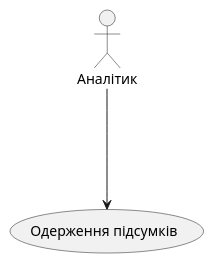
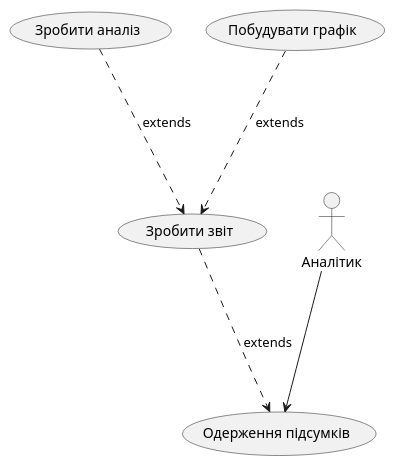
The fourth of 16 diagrams in docs/use cases/README.md (YehorSeniuk/IOO), drawn with PlantUML before and after one commit. The commit also changed other lines of this file, not shown here.

```diff
--- a/docs/use cases/README.md
+++ b/docs/use cases/README.md
@@ -45,4 +57,11 @@
 @startuml
 usecase "Одерження підсумків" as RECEIVE_SUMMARY
+usecase "Зробити аналіз" as analyz
+usecase "Побудувати графік" as chart
+usecase "Зробити звіт" as total
+
 Аналітик ---> RECEIVE_SUMMARY
+total ...> RECEIVE_SUMMARY: extends
+analyz ...> total: extends
+chart ...> total: extends
 @enduml
```
